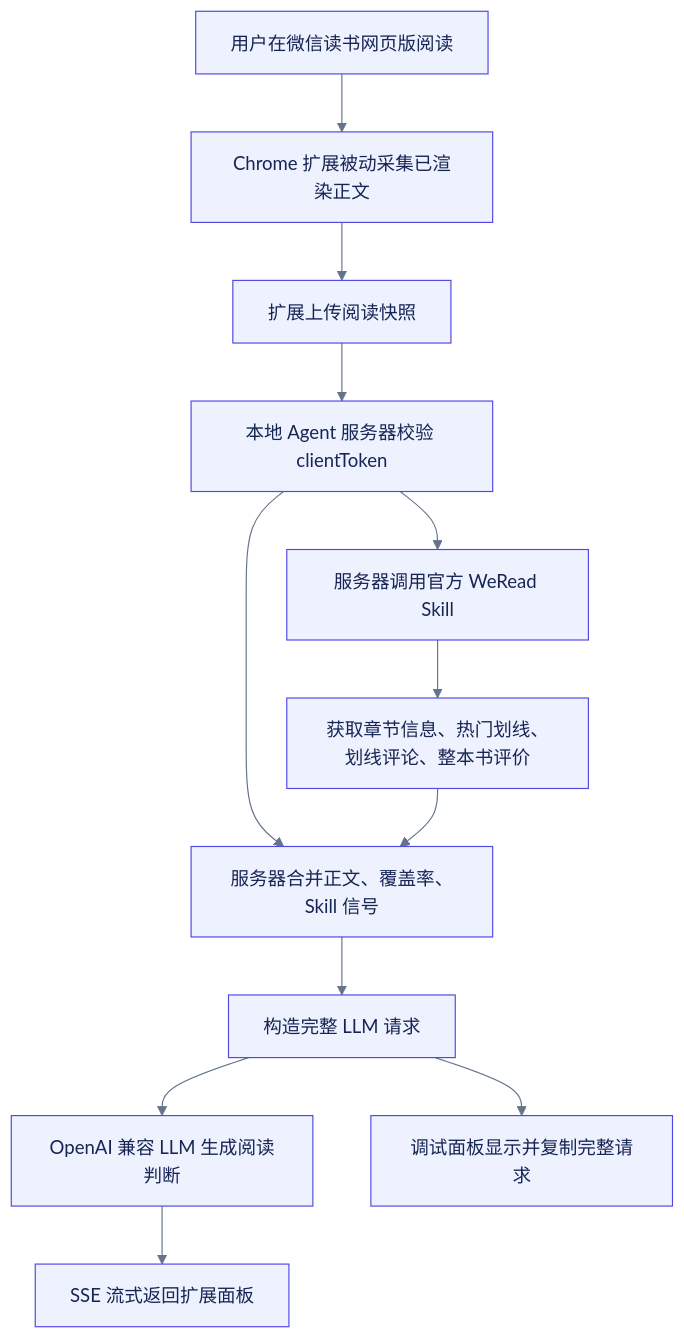
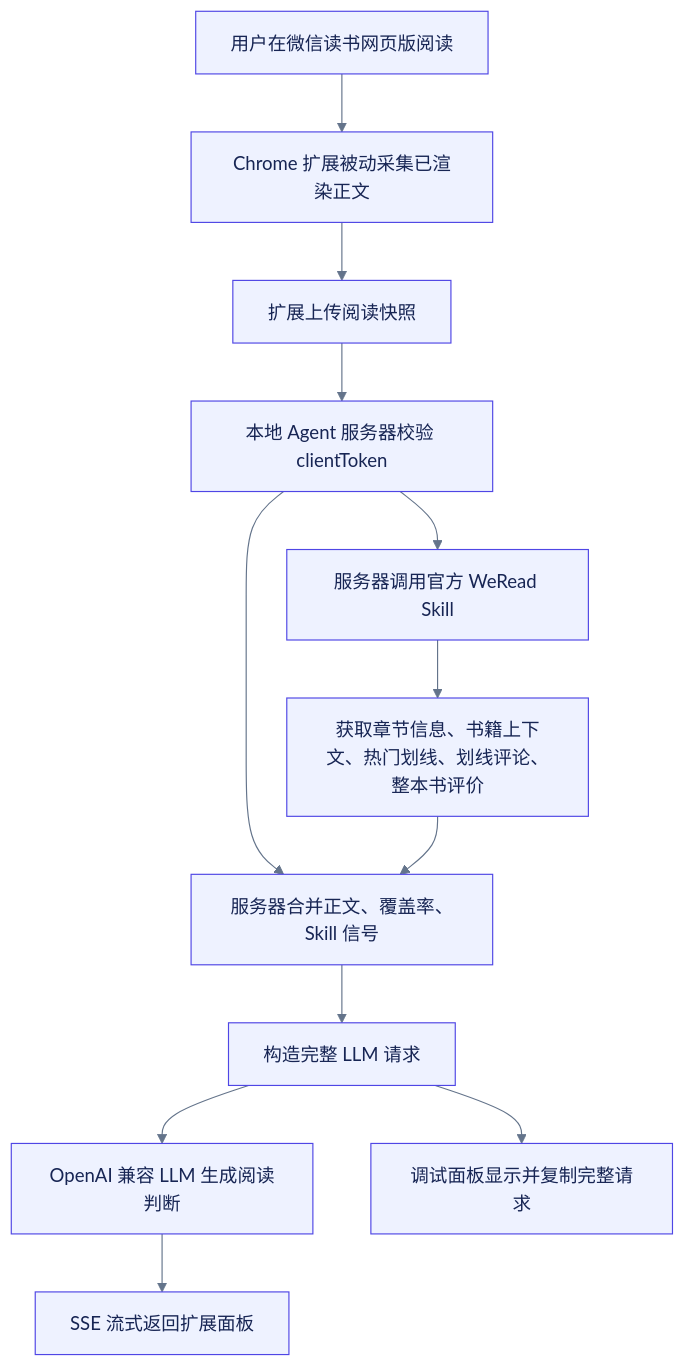
The diagram in README.md (unix2dos/weread-ai-reader), drawn with Mermaid before and after one commit. The commit also changed other lines of this file and 1 other file, not shown here.

````diff
--- a/README.md
+++ b/README.md
@@ -27,15 +27,15 @@
 ```mermaid
 %%{init: {'theme': 'base', 'themeVariables': { 'primaryColor': '#EEF2FF', 'primaryTextColor': '#172554', 'primaryBorderColor': '#4F46E5', 'lineColor': '#64748B', 'secondaryColor': '#ECFDF5', 'tertiaryColor': '#FFF7ED'}}}%%
 flowchart TD
   A["用户在微信读书网页版阅读"] --> B["Chrome 扩展被动采集已渲染正文"]
   B --> C["扩展上传阅读快照"]
   C --> D["本地 Agent 服务器校验 clientToken"]
   D --> E["服务器调用官方 WeRead Skill"]
-  E --> F["获取章节信息、热门划线、划线评论、整本书评价"]
+  E --> F["获取章节信息、书籍上下文、热门划线、划线评论、整本书评价"]
   D --> G["服务器合并正文、覆盖率、Skill 信号"]
   F --> G
   G --> H["构造完整 LLM 请求"]
   H --> I["OpenAI 兼容 LLM 生成阅读判断"]
   I --> J["SSE 流式返回扩展面板"]
   H --> K["调试面板显示并复制完整请求"]
 ```
````
